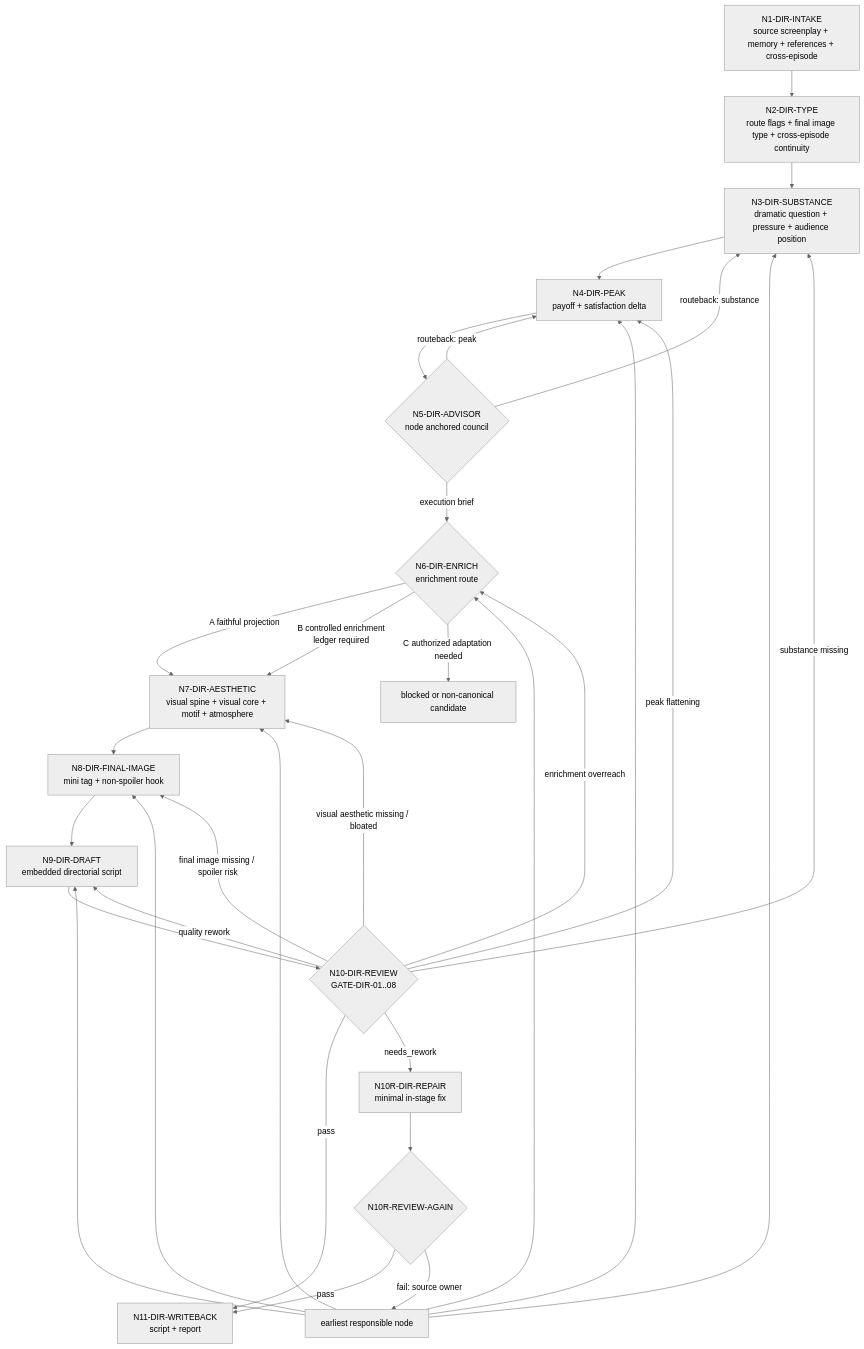
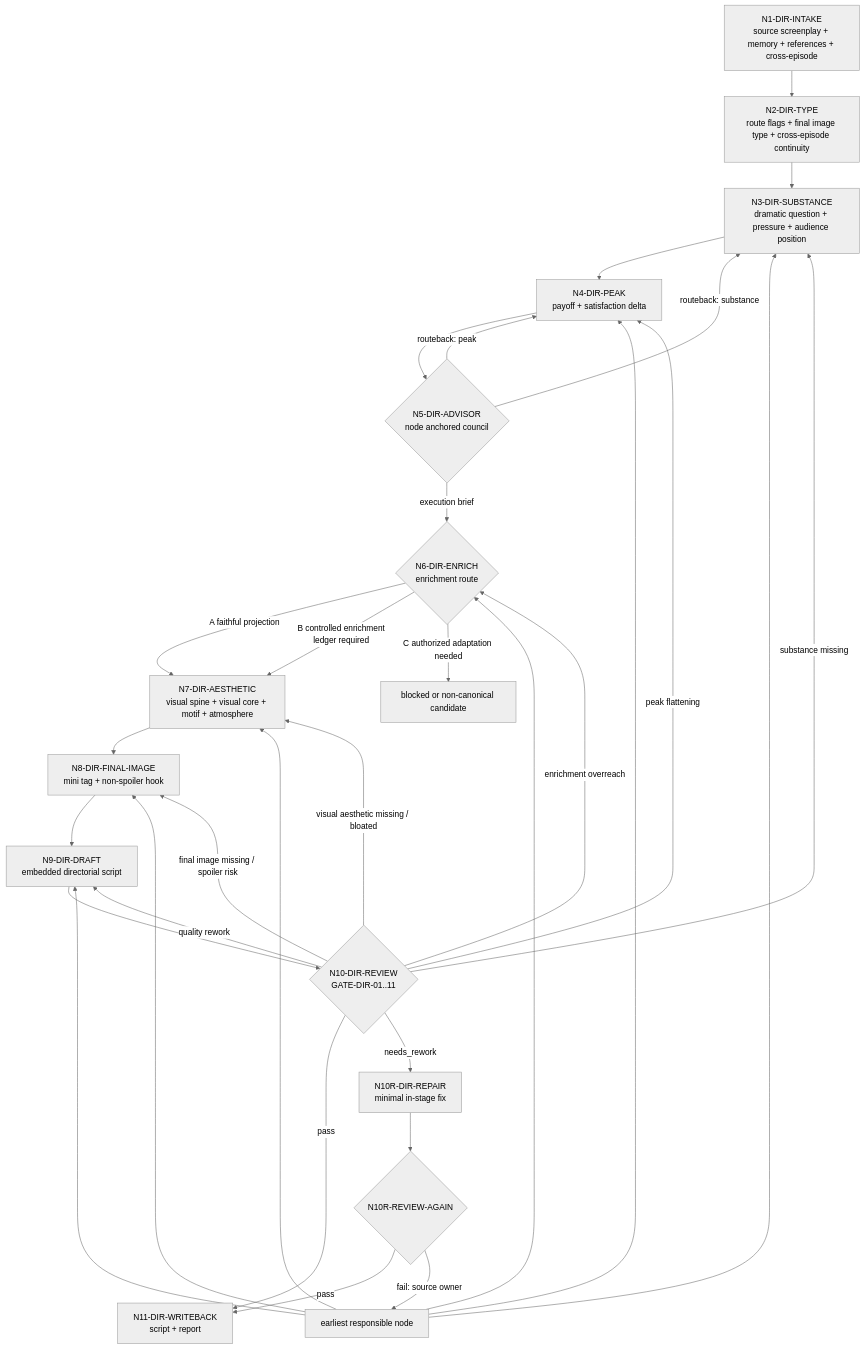
The first of 2 diagrams in .agents/skills/aigc/3-导演/steps/directing-workflow.md (ZEN-VOID/AI-CUT), drawn with Mermaid (neutral theme) before and after one commit. The commit also changed other lines of this file and 86 other files, not shown here.

````diff
--- a/.agents/skills/aigc/3-导演/steps/directing-workflow.md
+++ b/.agents/skills/aigc/3-导演/steps/directing-workflow.md
@@ -143,33 +145,33 @@
 ```mermaid
 flowchart TD
     A["N1-DIR-INTAKE\nsource screenplay + memory + references + cross-episode"] --> B["N2-DIR-TYPE\nroute flags + final image type + cross-episode continuity"]
     B --> D["N3-DIR-SUBSTANCE\ndramatic question + pressure + audience position"]
     D --> H["N4-DIR-PEAK\npayoff + satisfaction delta"]
     H --> I{"N5-DIR-ADVISOR\nnode anchored council"}
     I -->|"routeback: substance"| D
     I -->|"routeback: peak"| H
     I -->|"execution brief"| EN{"N6-DIR-ENRICH\nenrichment route"}
     EN -->|"A faithful projection"| VA["N7-DIR-AESTHETIC\nvisual spine + visual core + motif + atmosphere"]
     EN -->|"B controlled enrichment\nledger required"| VA
     EN -->|"C authorized adaptation needed"| X["blocked or non-canonical candidate"]
     VA --> FI["N8-DIR-FINAL-IMAGE\nmini tag + non-spoiler hook"]
     FI --> E["N9-DIR-DRAFT\nembedded directorial script"]
-    E --> F{"N10-DIR-REVIEW\nGATE-DIR-01..08"}
+    E --> F{"N10-DIR-REVIEW\nGATE-DIR-01..11"}
     F -->|"pass"| G["N11-DIR-WRITEBACK\nscript + report"]
     F -->|"needs_rework"| R["N10R-DIR-REPAIR\nminimal in-stage fix"]
     R --> RR{"N10R-REVIEW-AGAIN"}
     RR -->|"pass"| G
     RR -->|"fail: source owner"| BACK["earliest responsible node"]
     BACK --> D
     BACK --> H
     BACK --> EN
     BACK --> VA
     BACK --> FI
     BACK --> E
     F -->|"substance missing"| D
     F -->|"peak flattening"| H
     F -->|"enrichment overreach"| EN
     F -->|"visual aesthetic missing / bloated"| VA
     F -->|"final image missing / spoiler risk"| FI
     F -->|"quality rework"| E
 ```
````
